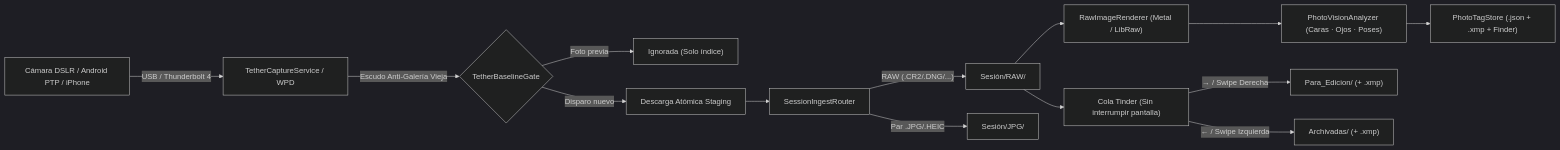
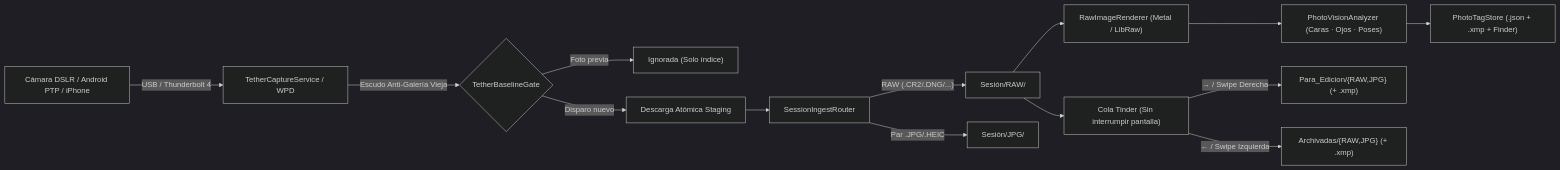
One commit to stevensb2003-afk/PhotoPic changed the first of 2 diagrams in docs/05-arquitectura-modular.md. Above: the diagram before and after it, drawn with Mermaid (dark theme). The commit also changed other lines of this file and 11 other files, not shown here.

````diff
--- a/docs/05-arquitectura-modular.md
+++ b/docs/05-arquitectura-modular.md
@@ -9,16 +9,16 @@
 ```mermaid
 flowchart LR
     A["Cámara DSLR / Android PTP / iPhone"] -->|"USB / Thunderbolt 4"| B["TetherCaptureService / WPD"]
     B -->|"Escudo Anti-Galería Vieja"| C{"TetherBaselineGate"}
     C -->|"Foto previa"| D["Ignorada (Solo índice)"]
     C -->|"Disparo nuevo"| E["Descarga Atómica Staging"]
     E --> F["SessionIngestRouter"]
     F -->|"RAW (.CR2/.DNG/...)"| G["Sesión/RAW/"]
     F -->|"Par .JPG/.HEIC"| H["Sesión/JPG/"]
     G --> I["RawImageRenderer (Metal / LibRaw)"]
     I --> J["PhotoVisionAnalyzer (Caras · Ojos · Poses)"]
     J --> K["PhotoTagStore (.json + .xmp + Finder)"]
     G --> L["Cola Tinder (Sin interrumpir pantalla)"]
-    L -->|"→ / Swipe Derecha"| M["Para_Edicion/ (+ .xmp)"]
-    L -->|"← / Swipe Izquierda"| N["Archivadas/ (+ .xmp)"]
+    L -->|"→ / Swipe Derecha"| M["Para_Edicion/{RAW,JPG} (+ .xmp)"]
+    L -->|"← / Swipe Izquierda"| N["Archivadas/{RAW,JPG} (+ .xmp)"]
 ```
````
